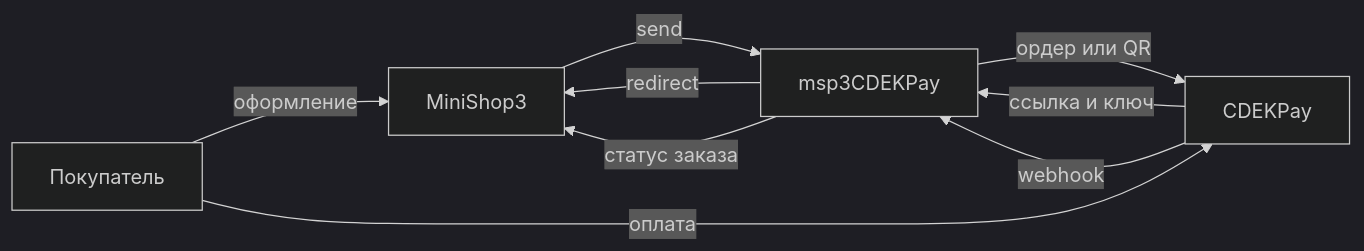
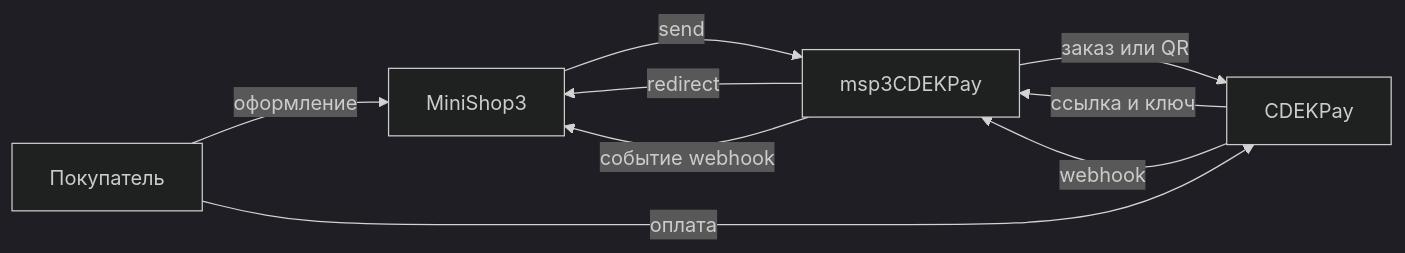
Before and after one commit to modx-pro/Docs: the diagram in docs/components/msp3cdekpay/integration.md, drawn with Mermaid (dark theme). The commit also changed other lines of this file and 40 other files, not shown here.

````diff
--- a/docs/components/msp3cdekpay/integration.md
+++ b/docs/components/msp3cdekpay/integration.md
@@ -54,15 +65,15 @@
 ```mermaid
 flowchart LR
   Buyer[Покупатель]
   MS3[MiniShop3]
   Pkg[msp3CDEKPay]
   Bank[CDEKPay]
   Buyer -->|оформление| MS3
   MS3 -->|send| Pkg
-  Pkg -->|ордер или QR| Bank
+  Pkg -->|заказ или QR| Bank
   Bank -->|ссылка и ключ| Pkg
   Pkg -->|redirect| MS3
   Buyer -->|оплата| Bank
   Bank -->|webhook| Pkg
-  Pkg -->|статус заказа| MS3
+  Pkg -->|событие webhook| MS3
 ```
````
